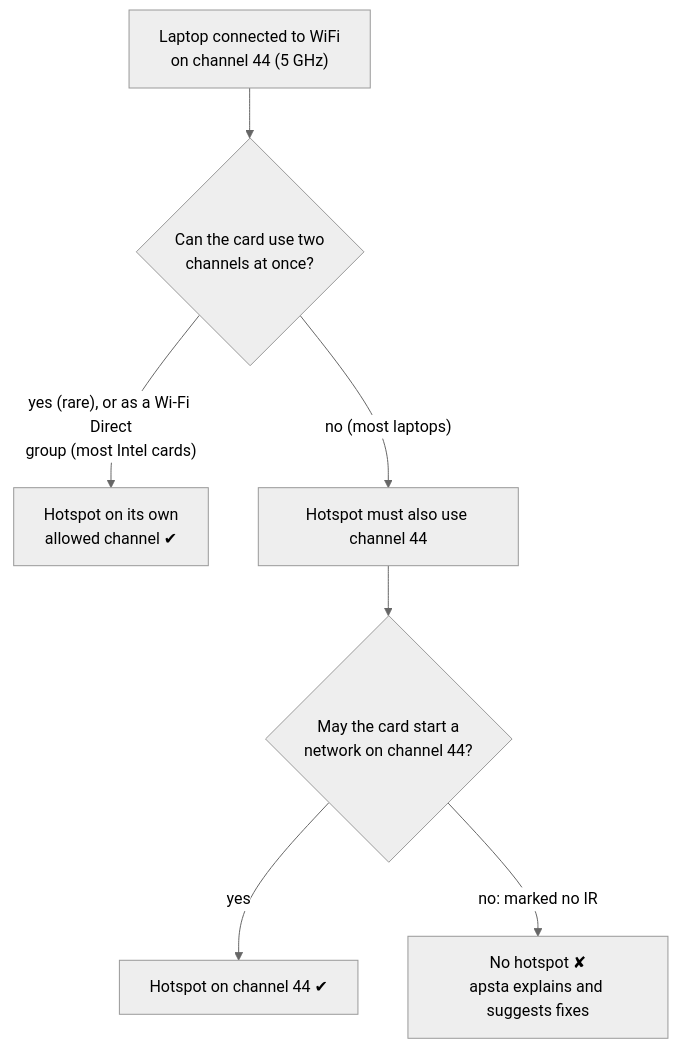
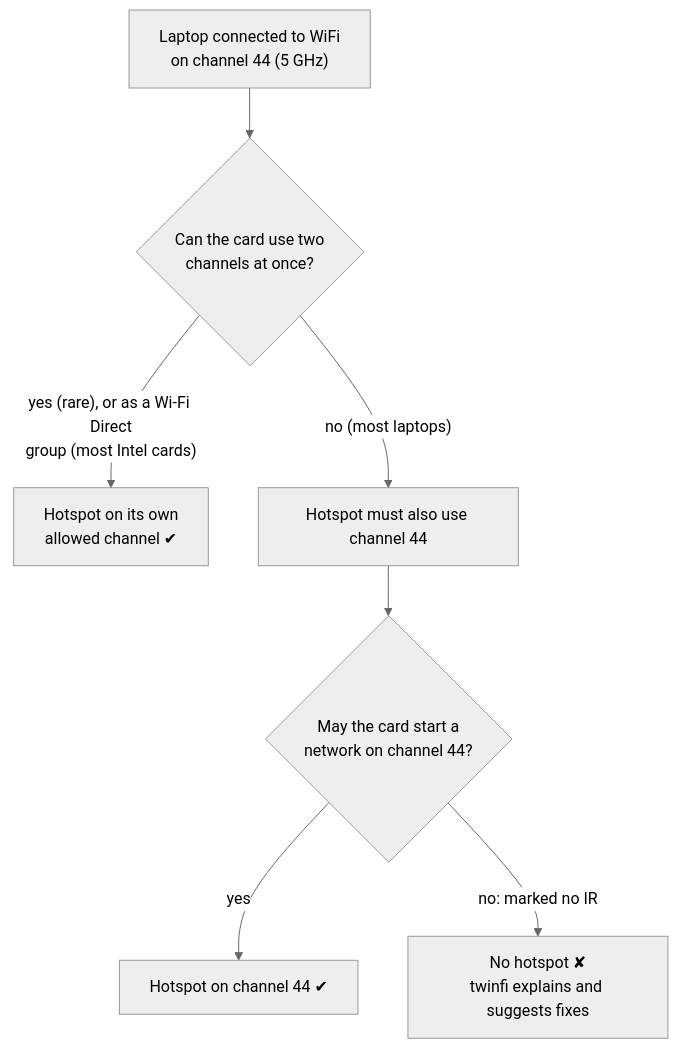
One commit to krotrn/apsta changed the first of 2 diagrams in docs/5ghz-wifi.md. Above: the diagram before and after it, drawn with Mermaid (neutral theme). The commit also changed other lines of this file and 204 other files, not shown here.

First line of the commit message:
feat!: rename apsta to twinfi

````diff
--- a/docs/5ghz-wifi.md
+++ b/docs/5ghz-wifi.md
@@ -46,9 +46,9 @@
 ```mermaid
 flowchart TD
     A["Laptop connected to WiFi<br/>on channel 44 (5 GHz)"] --> B{"Can the card use two<br/>channels at once?"}
     B -- "yes (rare), or as a Wi-Fi Direct<br/>group (most Intel cards)" --> OK1["Hotspot on its own<br/>allowed channel ✔"]
     B -- "no (most laptops)" --> C["Hotspot must also use channel 44"]
     C --> D{"May the card start a<br/>network on channel 44?"}
     D -- "yes" --> OK2["Hotspot on channel 44 ✔"]
-    D -- "no: marked no IR" --> FAIL["No hotspot ✘<br/>apsta explains and suggests fixes"]
+    D -- "no: marked no IR" --> FAIL["No hotspot ✘<br/>twinfi explains and suggests fixes"]
 ```
````
